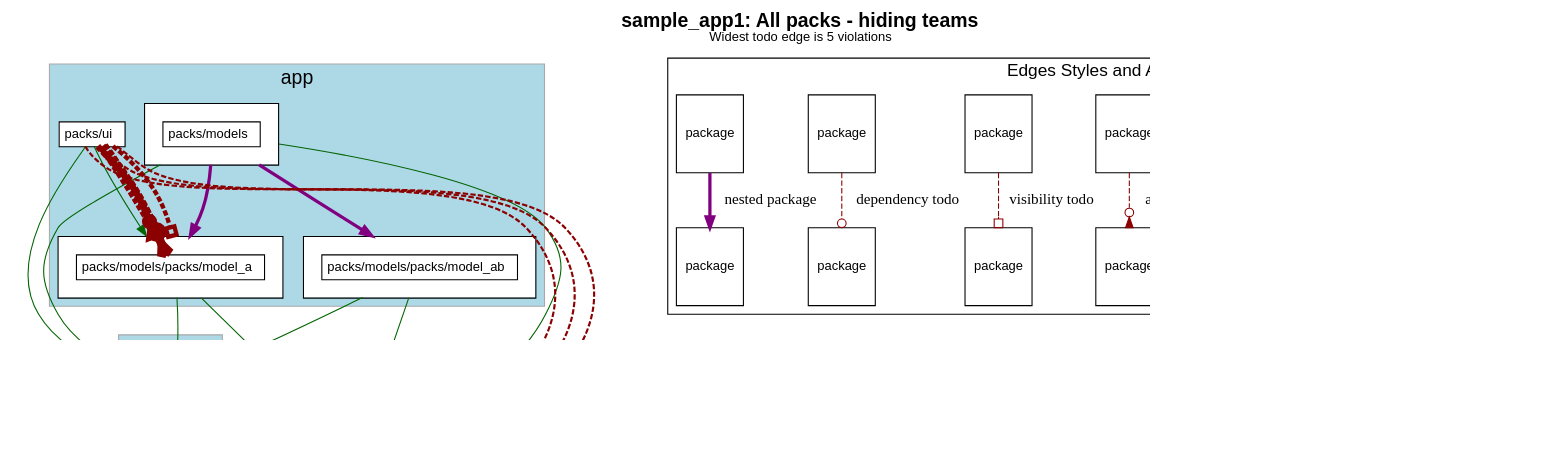
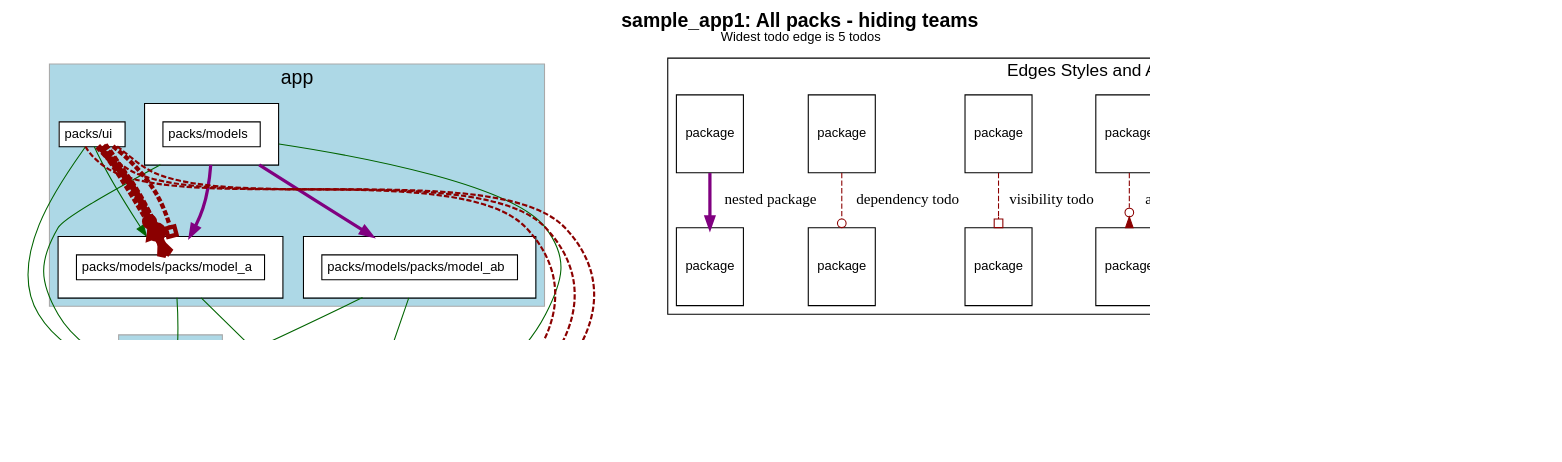
One commit to rubyatscale/visualize_packs changed the diagram in spec/sample_app1/test_output/no_teams.dot. Above: the diagram before and after it, drawn with Graphviz. The commit also changed 16 other files, not shown here.

First line of the commit message:
Cleanup usage of todos vs violations (#34)

```diff
--- a/spec/sample_app1/test_output/no_teams.dot
+++ b/spec/sample_app1/test_output/no_teams.dot
@@ -1,188 +1,188 @@
 digraph package_diagram {
   rankdir=TD
   graph [
     labelloc="t"
     fontname="Helvetica,Arial,sans-serif"
     dpi=100
     layout=dot
-    label=<<b>sample_app1: All packs - hiding teams</b><br/><font point-size='12'>Widest todo edge is 5 violations</font>>
+    label=<<b>sample_app1: All packs - hiding teams</b><br/><font point-size='12'>Widest todo edge is 5 todos</font>>
     fontsize=18
   ]
   node [
     fontname="Helvetica,Arial,sans-serif"
     fontsize=26.0
     fontcolor=black
     fillcolor=white
     color=black
     height=1.0
     style=filled
     shape=plain
   ]
     subgraph app {
       shape=box
       color=darkgrey
       fillcolor=lightblue
       style=filled
         label="app"
         cluster=true
         rank = 0        "packs/models" [
             fontsize=12.0
               URL="https://github.com/rubyatscale/visualize_packwerk/tree/main/spec/sample_app/packs/models"
 
             label= <
                 <table border='0' cellborder='1' cellspacing='0' cellpadding='16'><tr><td>
                   <table border='0' cellborder='1' cellspacing='0' cellpadding='4'>
                     <tr> <td port='private'> packs/models </td> </tr>
                   </table>
                 </td></tr></table>
               >
           ]
         
         "packs/models/packs/model_a" [
             fontsize=12.0
               URL="https://github.com/rubyatscale/visualize_packwerk/tree/main/spec/sample_app/packs/models/packs/model_a"
 
             label= <
                 <table border='0' cellborder='1' cellspacing='0' cellpadding='16'><tr><td>
                   <table border='0' cellborder='1' cellspacing='0' cellpadding='4'>
                     <tr> <td port='private'> packs/models/packs/model_a </td> </tr>
                   </table>
                 </td></tr></table>
               >
           ]
         
         "packs/models/packs/model_ab" [
             fontsize=12.0
               URL="https://github.com/rubyatscale/visualize_packwerk/tree/main/spec/sample_app/packs/models/packs/model_ab"
 
             label= <
                 <table border='0' cellborder='1' cellspacing='0' cellpadding='16'><tr><td>
                   <table border='0' cellborder='1' cellspacing='0' cellpadding='4'>
                     <tr> <td port='private'> packs/models/packs/model_ab </td> </tr>
                   </table>
                 </td></tr></table>
               >
           ]
         
         "packs/ui" [
             fontsize=12.0
               URL="https://github.com/rubyatscale/visualize_packwerk/tree/main/spec/sample_app/packs/ui"
 
             label= <
                 <table border='0' cellborder='1' cellspacing='0' cellpadding='4'>
                   <tr> <td align='left'> packs/ui </td> </tr>
                 </table>
               >
           ]
         
     }
     subgraph utilities {
       shape=box
       color=darkgrey
       fillcolor=lightblue
       style=filled
         label="utilities"
         cluster=true
         rank = 1        "packs/utility" [
             fontsize=12.0
               URL="https://github.com/rubyatscale/visualize_packwerk/tree/main/spec/sample_app/packs/utility"
 
             label= <
                 <table border='0' cellborder='1' cellspacing='0' cellpadding='4'>
                   <tr> <td align='left'> packs/utility </td> </tr>
                 </table>
               >
           ]
         
     }
               "packs/models" -> "packs/utility" [ style=invis ]
               "packs/models/packs/model_a" -> "packs/utility" [ style=invis ]
               "packs/models/packs/model_ab" -> "packs/utility" [ style=invis ]
               "packs/ui" -> "packs/utility" [ style=invis ]
     subgraph NotInLayer {
       shape=box
       color=darkgrey
       fillcolor=lightblue
       style=filled
         cluster=false
         "." [
             fontsize=12.0
               URL="https://github.com/rubyatscale/visualize_packwerk/tree/main/spec/sample_app/"
 
             label= <
                 <table border='0' cellborder='1' cellspacing='0' cellpadding='4'>
                   <tr> <td align='left'> . </td> </tr>
                 </table>
               >
           ]
         
     }
               "packs/utility" -> "." [ style=invis ]
           "packs/models" -> "packs/utility" [ color=darkgreen ]
           "packs/models" -> "." [ color=darkgreen ]
           "packs/models/packs/model_a" -> "packs/utility" [ color=darkgreen ]
           "packs/models/packs/model_a" -> "." [ color=darkgreen ]
           "packs/models/packs/model_ab" -> "packs/utility" [ color=darkgreen ]
           "packs/models/packs/model_ab" -> "." [ color=darkgreen ]
           "packs/ui" -> "packs/models/packs/model_a" [ color=darkgreen ]
           "packs/ui" -> "packs/utility" [ color=darkgreen ]
             "packs/ui" -> "." [ color=darkred style=dashed
               constraint=false
               # headlabel="dependency"
                 arrowhead=odot
               penwidth=2            ]
             "packs/ui" -> "." [ color=darkred style=dashed
               constraint=false
               # headlabel="architecture"
                 arrowhead=invodot
               penwidth=2            ]
             "packs/ui" -> "." [ color=darkred style=dashed
               constraint=false
               # headlabel="visibility"
                 arrowhead=obox
               penwidth=2            ]
             "packs/ui" -> "packs/models/packs/model_a" [ color=darkred style=dashed
               constraint=false
               # headlabel="dependency"
                 arrowhead=odot
               penwidth=10            ]
             "packs/ui" -> "packs/models/packs/model_a":private [ color=darkred style=dashed
               constraint=false
               # headlabel="privacy"
                 arrowhead=crow
               penwidth=8            ]
             "packs/ui" -> "packs/models/packs/model_a" [ color=darkred style=dashed
               constraint=false
               # headlabel="architecture"
                 arrowhead=invodot
               penwidth=6            ]
             "packs/ui" -> "packs/models/packs/model_a" [ color=darkred style=dashed
               constraint=false
               # headlabel="visibility"
                 arrowhead=obox
               penwidth=4            ]
         "packs/models" -> "packs/models/packs/model_a" [ color=purple penwidth=3 ]
         "packs/models" -> "packs/models/packs/model_ab" [ color=purple penwidth=3 ]
     subgraph cluster_legend {
       fontsize=16
       label="Edges Styles and Arrow Heads"
       A [ fontsize=12 shape=box label="package"]
       B [ fontsize=12 shape=box label="package"]
       C [ fontsize=12 shape=box label="package"]
       D [ fontsize=12 shape=box label="package"]
       E [ fontsize=12 shape=box label="package"]
       F [ fontsize=12 shape=box label="package"]
       G [ fontsize=12 shape=box label="package"]
       H [ fontsize=12 shape=box label="package"]
       I [ fontsize=12 shape=box label="package"]
       J [ fontsize=12 shape=box label="package"]
       K [ fontsize=12 shape=box label="package"]
       L [ fontsize=12 shape=box label="package"]
       A -> B [label="accepted dependency" color=darkgreen]
       C -> D [label="privacy todo" color=darkred style=dashed arrowhead=crow]
       E -> F [label="architecture todo" color=darkred style=dashed arrowhead=invodot]
       G -> H [label="visibility todo" color=darkred style=dashed arrowhead=obox]
       I -> J [label="dependency todo" color=darkred style=dashed arrowhead=odot]
       K -> L [label="nested package" color=purple penwidth=3]
     }
 }
```
